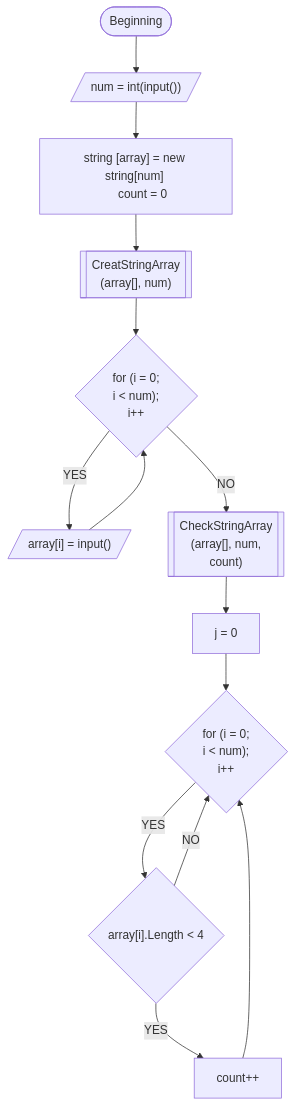
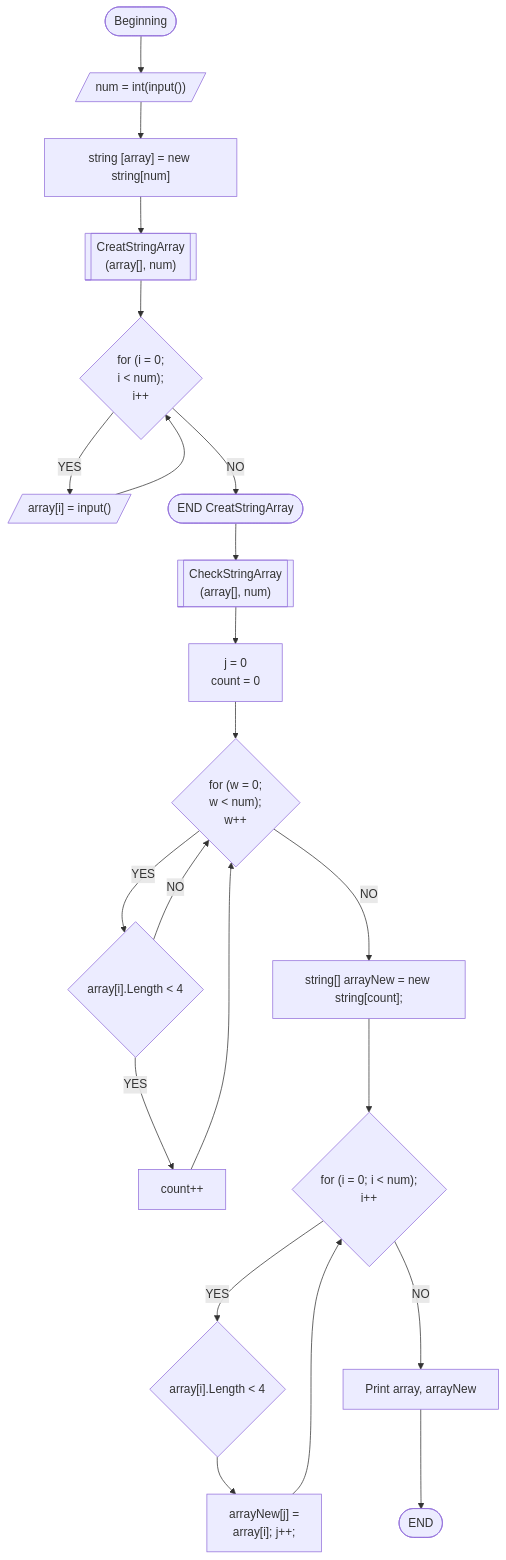
Before and after one commit to Chuprov-VD/training_C-: the diagram in Itog_Zadach/README.md, drawn with Mermaid.

Commit message:
add flowchart

````diff
--- a/Itog_Zadach/README.md
+++ b/Itog_Zadach/README.md
@@ -8,23 +8,28 @@
 ```mermaid
 flowchart TD 
-    A([Beginning]) --> A1 
+     A([Beginning]) --> A1 
     A1[/"num = int(input())"/] --> 
-    A2["string [array] = new string[num] 
-    count = 0"] --> 
+    A2["string [array] = new string[num]"] --> 
     B[["CreatStringArray 
     (array[], num)"]] 
     B --> B1{"for (i = 0;  
     i < num);  
     i++"} 
     B1 --> |YES| B2[/"array[i] = input()"/]  
     --> B1 
-    B1 --> |NO| C[["CheckStringArray 
-    (array[], num,  
-    count)"]] --> 
-    C1["j = 0"] --> 
-    C2{"for (i = 0;  
-    i < num);  
-    i++"} -->|YES| C3{"array[i].Length < 4"} -->  
+    B1 -->  |NO| B3(["END CreatStringArray"])
+     --> C[["CheckStringArray 
+    (array[], num)"]] --> 
+    C1["j = 0
+    count = 0"] --> 
+    C2{"for (w = 0;  
+    w < num);  
+    w++"} -->|YES| C3{"array[i].Length < 4"} -->  
     |YES| C4[count++] --> C2; 
     C3 --> |NO|C2;
+    C2 --> |NO| C5["string[] arrayNew = new string[count];"]  
+    --> D{"for (i = 0;  i < num);  
+    i++"} --> |YES| D1{"array[i].Length < 4"} --> D2["arrayNew[j] = 
+    array[i]; j++;"] --> D
+    D --> |NO|D5[Print array, arrayNew] --> D6(["END"]);
 ```
````
